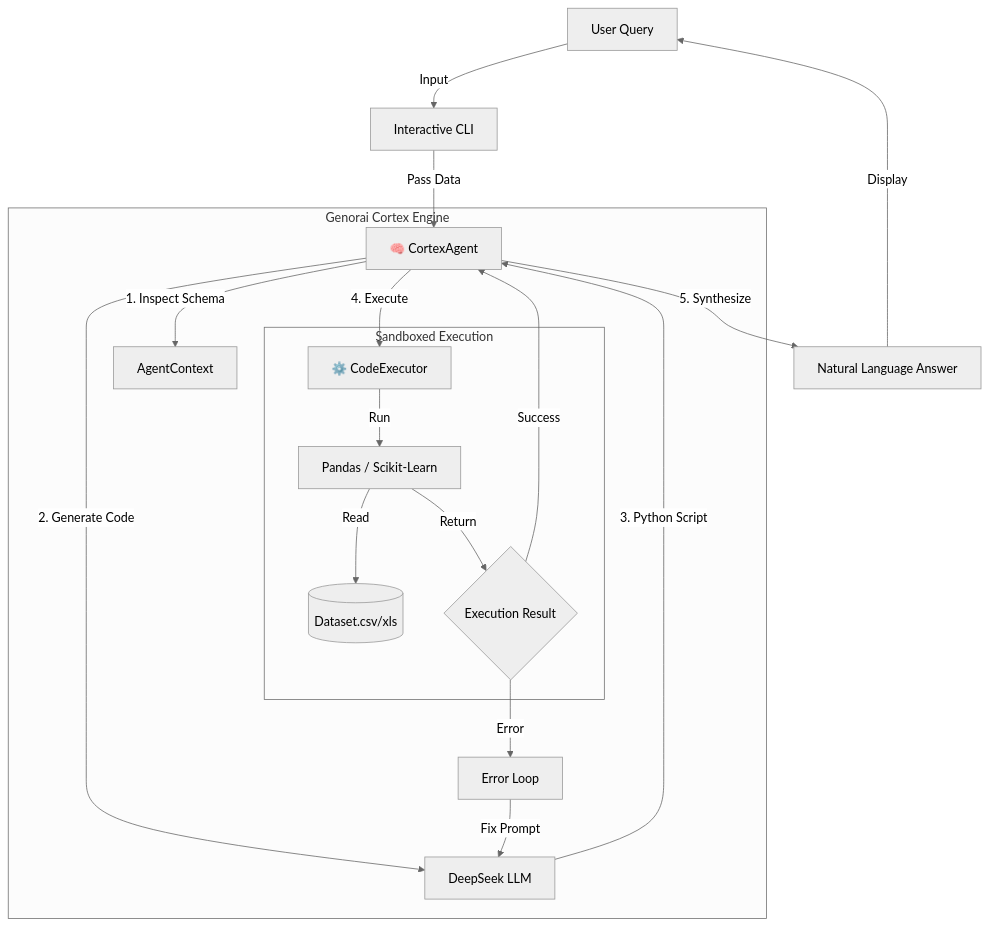
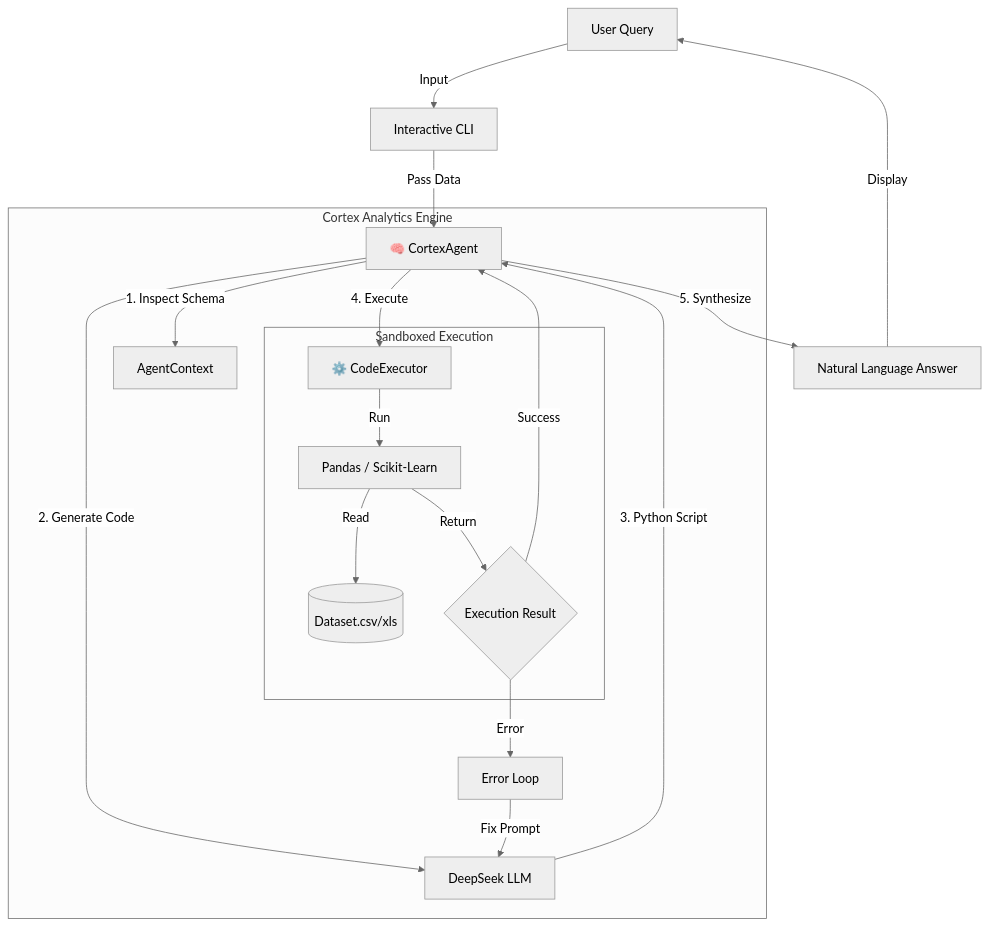
The diagram in PROJECT_REPORT.md (Jayasuryamahadevan/Advanced-RAGv2), drawn with Mermaid (neutral theme) before and after one commit. The commit also changed other lines of this file, not shown here.

Commit message:
Remove Genorai branding from project report

````diff
--- a/PROJECT_REPORT.md
+++ b/PROJECT_REPORT.md
@@ -14,26 +14,26 @@
 ```mermaid
 graph TD
     User[User Query] -->|Input| GUI[Interactive CLI]
     GUI -->|Pass Data| Cortex[🧠 CortexAgent]
     
-    subgraph "Genorai Cortex Engine"
+    subgraph "Cortex Analytics Engine"
         Cortex -->|1. Inspect Schema| Context[AgentContext]
         Cortex -->|2. Generate Code| LLM[DeepSeek LLM]
         LLM -->|3. Python Script| Cortex
         
         Cortex -->|4. Execute| Executor[⚙️ CodeExecutor]
         
         subgraph "Sandboxed Execution"
             Executor -->|Run| Pandas[Pandas / Scikit-Learn]
             Pandas -->|Read| Data[(Dataset.csv/xls)]
             Pandas -->|Return| Result{Execution Result}
         end
         
         Result -->|Success| Cortex
         Result -->|Error| Retry[Error Loop]
         Retry -->|Fix Prompt| LLM
     end
     
     Cortex -->|5. Synthesize| Final[Natural Language Answer]
     Final -->|Display| User
 ```
````
